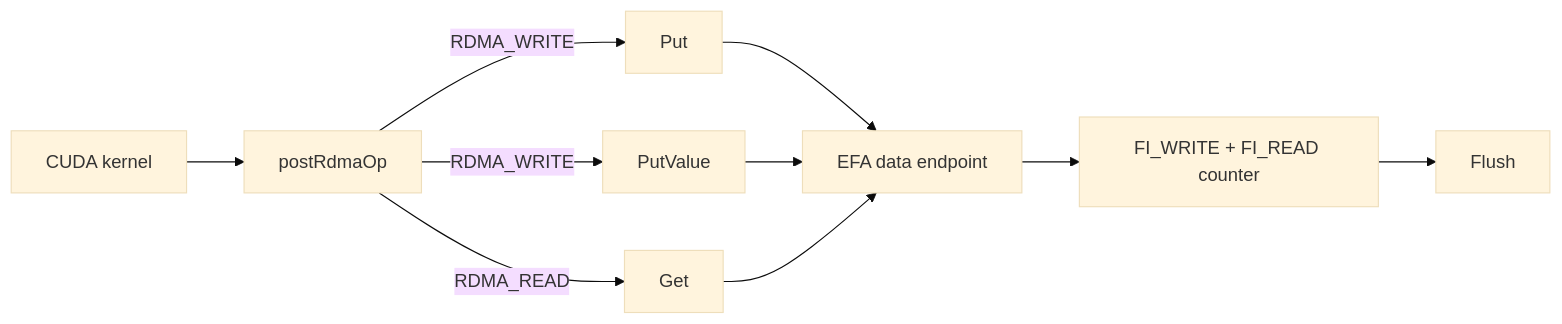
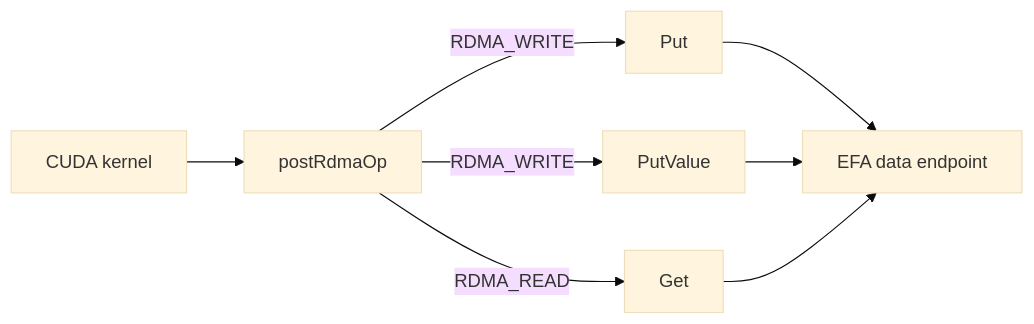
The second of 4 diagrams in articles/9ab10d37f33ced.md (littlemex/zenn), drawn with Mermaid (base theme) before and after one commit. The commit also changed other lines of this file, not shown here.

````diff
--- a/articles/9ab10d37f33ced.md
+++ b/articles/9ab10d37f33ced.md
@@ -68,12 +62,10 @@
 ```mermaid
 flowchart LR
   K[CUDA kernel] --> P[postRdmaOp]
   P -->|RDMA_WRITE| W[Put]
   P -->|RDMA_WRITE| V[PutValue]
   P -->|RDMA_READ| G[Get]
   W --> N[EFA data endpoint]
   V --> N
   G --> N
-  N --> C[FI_WRITE + FI_READ counter]
-  C --> F[Flush]
 ```
````
